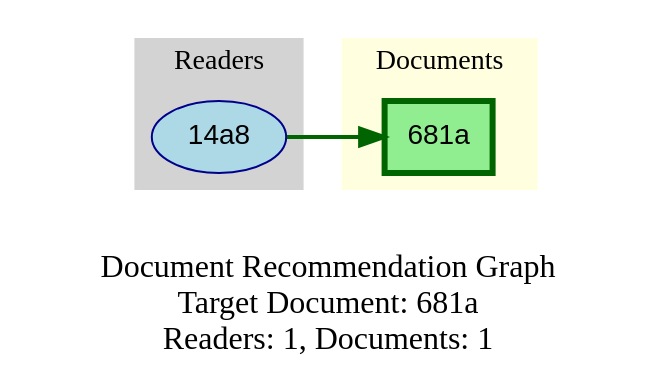
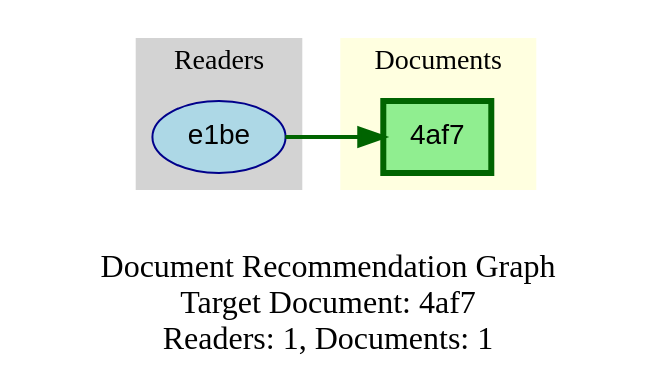
Before and after one commit to HudaNayyer/IndustrialProgrammingCW2: the diagram in also_likes.dot, drawn with Graphviz. The commit also changed 14 other files, not shown here.

```diff
--- a/also_likes.dot
+++ b/also_likes.dot
@@ -1,17 +1,17 @@
 // Document-Reader Relationships
 digraph {
 	rankdir=LR size="12,8"
 	graph [bgcolor=white]
 	node [fontname=Helvetica]
 	edge [fontname=Helvetica]
 	subgraph cluster_readers {
 		color=lightgray fillcolor=lightgray label=Readers style=filled
-		f407a3ac7b3414a8 [label="14a8" color=darkblue fillcolor=lightblue shape=ellipse style=filled]
+		c08fc48b49f0e1be [label=e1be color=darkblue fillcolor=lightblue shape=ellipse style=filled]
 	}
 	subgraph cluster_documents {
 		color=lightyellow fillcolor=lightyellow label=Documents style=filled
-		"140214151532-ddb78ab288a07109ddd6e698d828681a" [label="681a" color=darkgreen fillcolor=lightgreen penwidth=3 shape=box style=filled]
+		"140206010823-b14c9d966be950314215c17923a04af7" [label="4af7" color=darkgreen fillcolor=lightgreen penwidth=3 shape=box style=filled]
 	}
-	f407a3ac7b3414a8 -> "140214151532-ddb78ab288a07109ddd6e698d828681a" [arrowsize=1.2 color=darkgreen penwidth=2]
-	fontsize=16 fontweight=bold label="\nDocument Recommendation Graph\nTarget Document: 681a\nReaders: 1, Documents: 1\n" labelLoc=t
+	c08fc48b49f0e1be -> "140206010823-b14c9d966be950314215c17923a04af7" [arrowsize=1.2 color=darkgreen penwidth=2]
+	fontsize=16 fontweight=bold label="\nDocument Recommendation Graph\nTarget Document: 4af7\nReaders: 1, Documents: 1\n" labelLoc=t
 }
```
